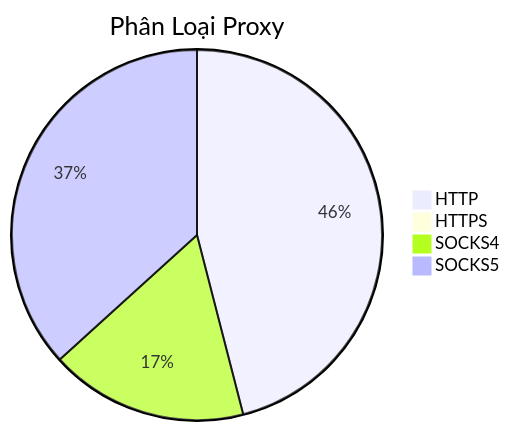
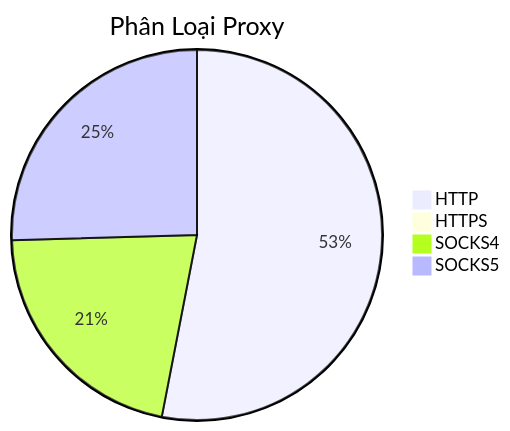
Before and after one commit to Ciara-Aa/PROXY-free: the diagram in README.md, drawn with Mermaid. The commit also changed other lines of this file and 4 other files, not shown here.

````diff
--- a/README.md
+++ b/README.md
@@ -26,7 +26,7 @@
 ```mermaid
 pie title Phân Loại Proxy
-    "HTTP" : 447
-    "HTTPS" : 2
-    "SOCKS4" : 168
-    "SOCKS5" : 357
+    "HTTP" : 444
+    "HTTPS" : 3
+    "SOCKS4" : 180
+    "SOCKS5" : 213
 ```
````
